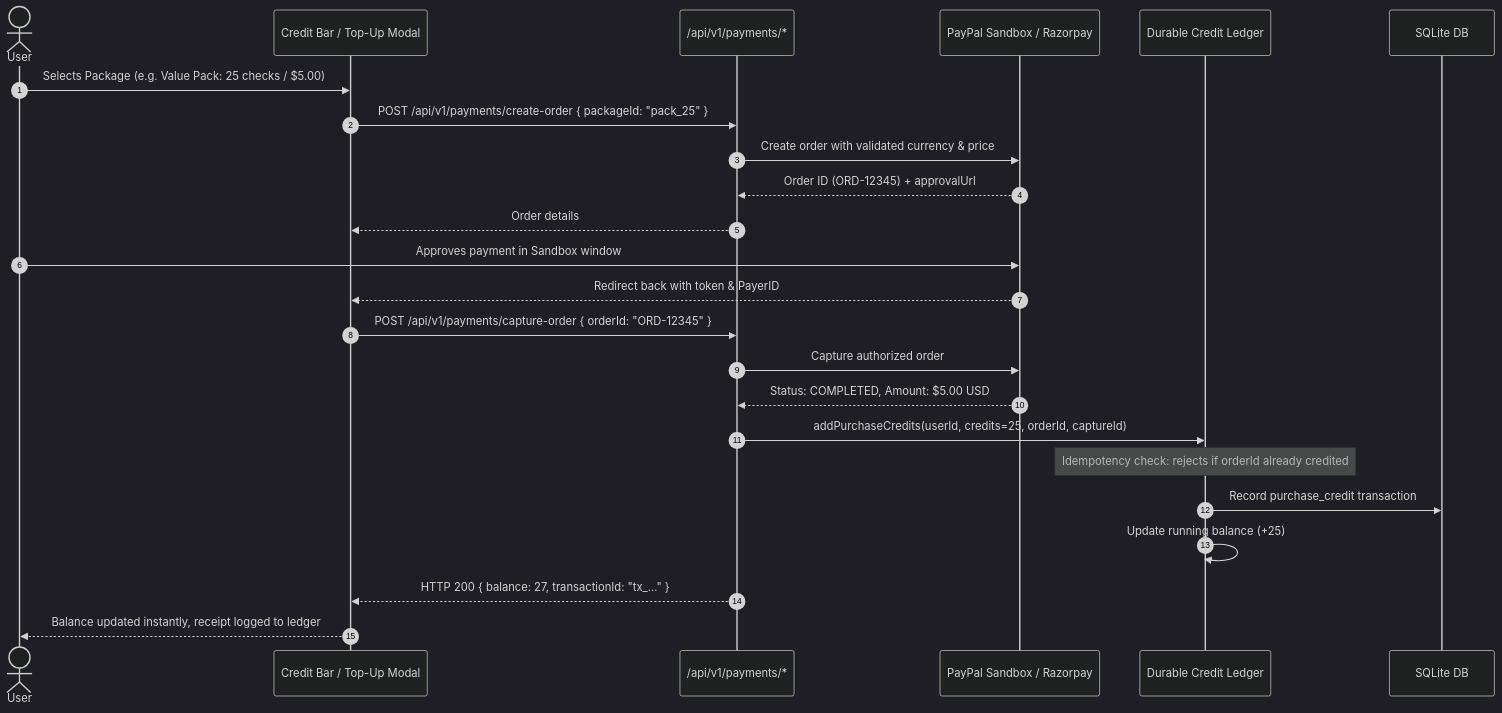
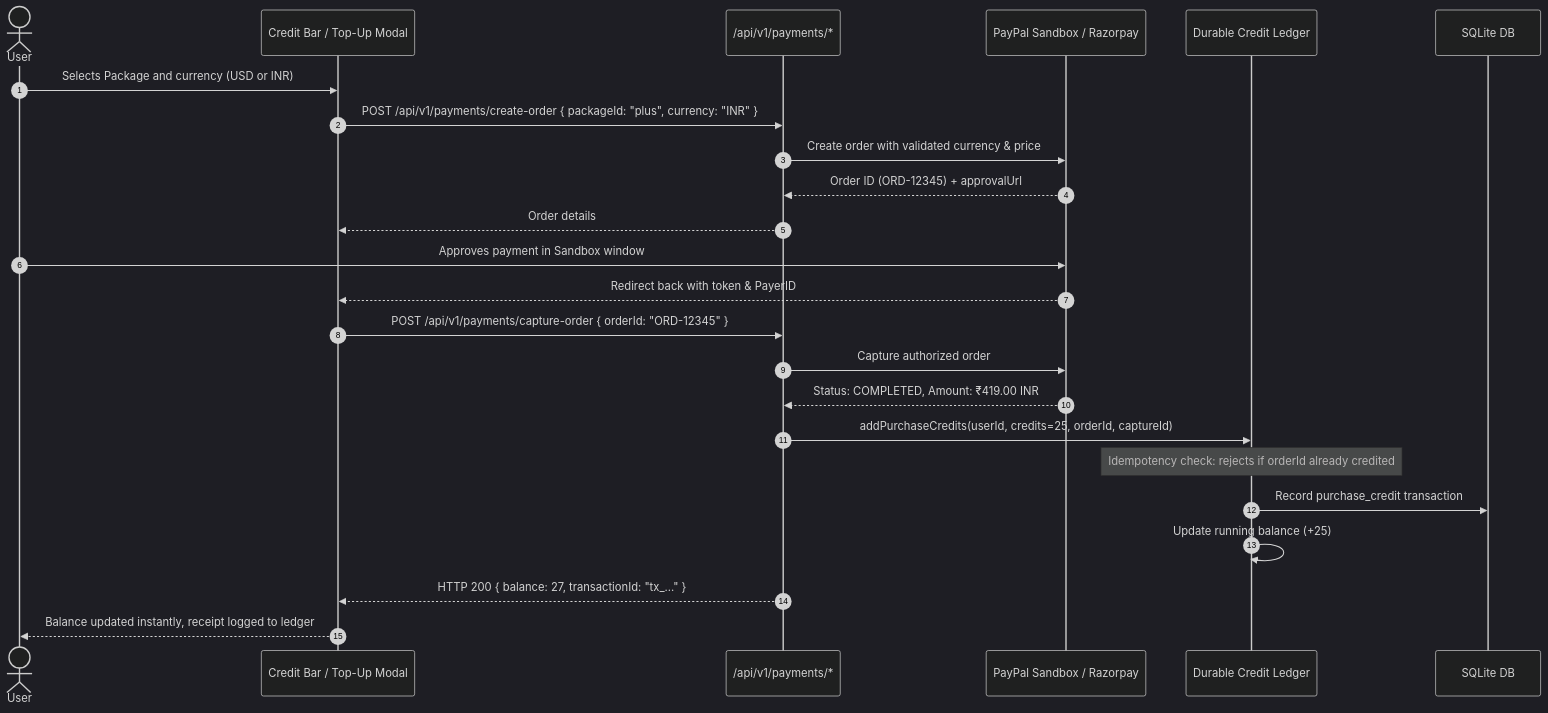
One commit to AmanInAction/satyam-ai changed the fourth of 4 diagrams in README.md. Above: the diagram before and after it, drawn with Mermaid (dark theme). The commit also changed other lines of this file and 20 other files, not shown here.

````diff
--- a/README.md
+++ b/README.md
@@ -143,28 +143,28 @@
 ```mermaid
 sequenceDiagram
     autonumber
     actor User as User
     participant UI as Credit Bar / Top-Up Modal
     participant PayAPI as /api/v1/payments/*
     participant Gateway as PayPal Sandbox / Razorpay
     participant Ledger as Durable Credit Ledger
     participant DB as SQLite DB
 
-    User->>UI: Selects Package (e.g. Value Pack: 25 checks / $5.00)
-    UI->>PayAPI: POST /api/v1/payments/create-order { packageId: "pack_25" }
+    User->>UI: Selects Package and currency (USD or INR)
+    UI->>PayAPI: POST /api/v1/payments/create-order { packageId: "plus", currency: "INR" }
     PayAPI->>Gateway: Create order with validated currency & price
     Gateway-->>PayAPI: Order ID (ORD-12345) + approvalUrl
     PayAPI-->>UI: Order details
 
     User->>Gateway: Approves payment in Sandbox window
     Gateway-->>UI: Redirect back with token & PayerID
     UI->>PayAPI: POST /api/v1/payments/capture-order { orderId: "ORD-12345" }
     PayAPI->>Gateway: Capture authorized order
-    Gateway-->>PayAPI: Status: COMPLETED, Amount: $5.00 USD
+    Gateway-->>PayAPI: Status: COMPLETED, Amount: ₹419.00 INR
     PayAPI->>Ledger: addPurchaseCredits(userId, credits=25, orderId, captureId)
     Note over Ledger: Idempotency check: rejects if orderId already credited
     Ledger->>DB: Record purchase_credit transaction
     Ledger->>Ledger: Update running balance (+25)
     PayAPI-->>UI: HTTP 200 { balance: 27, transactionId: "tx_..." }
     UI-->>User: Balance updated instantly, receipt logged to ledger
 ```
````
